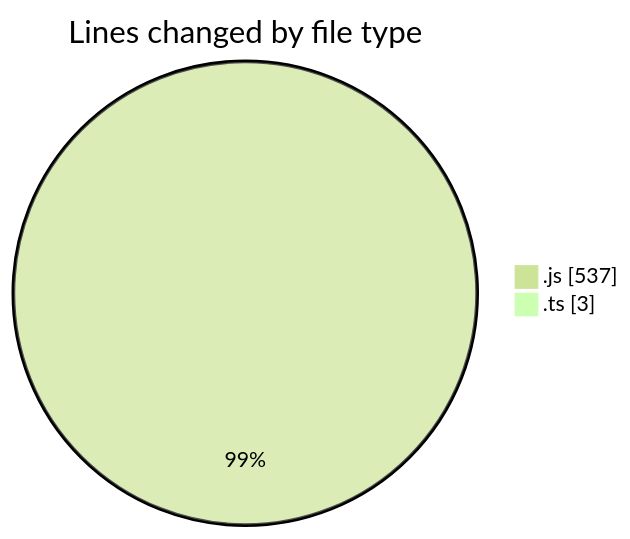
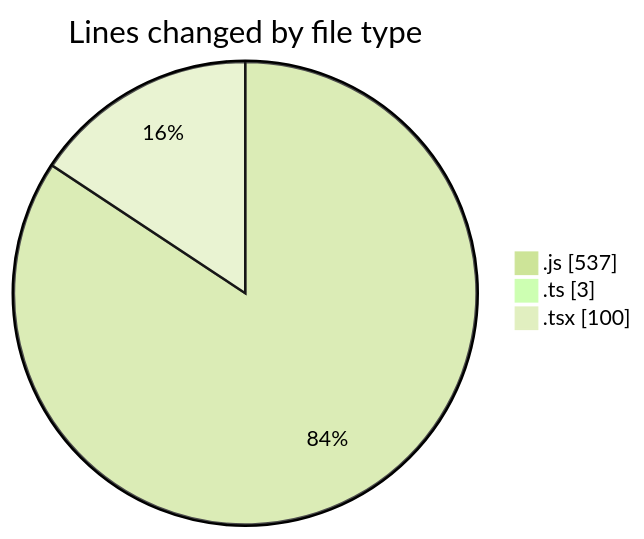
Before and after one commit to momahboobian/code-tracking: the first of 2 diagrams in 2026-10-06/cda/README.md, drawn with Mermaid (forest theme). The commit also changed other lines of this file and 1 other file, not shown here.

````diff
--- a/2026-10-06/cda/README.md
+++ b/2026-10-06/cda/README.md
@@ -21,6 +22,7 @@
 ```mermaid
 pie showData
 title Lines changed by file type
 ".js" : 537
 ".ts" : 3
+".tsx" : 100
 ```
````
